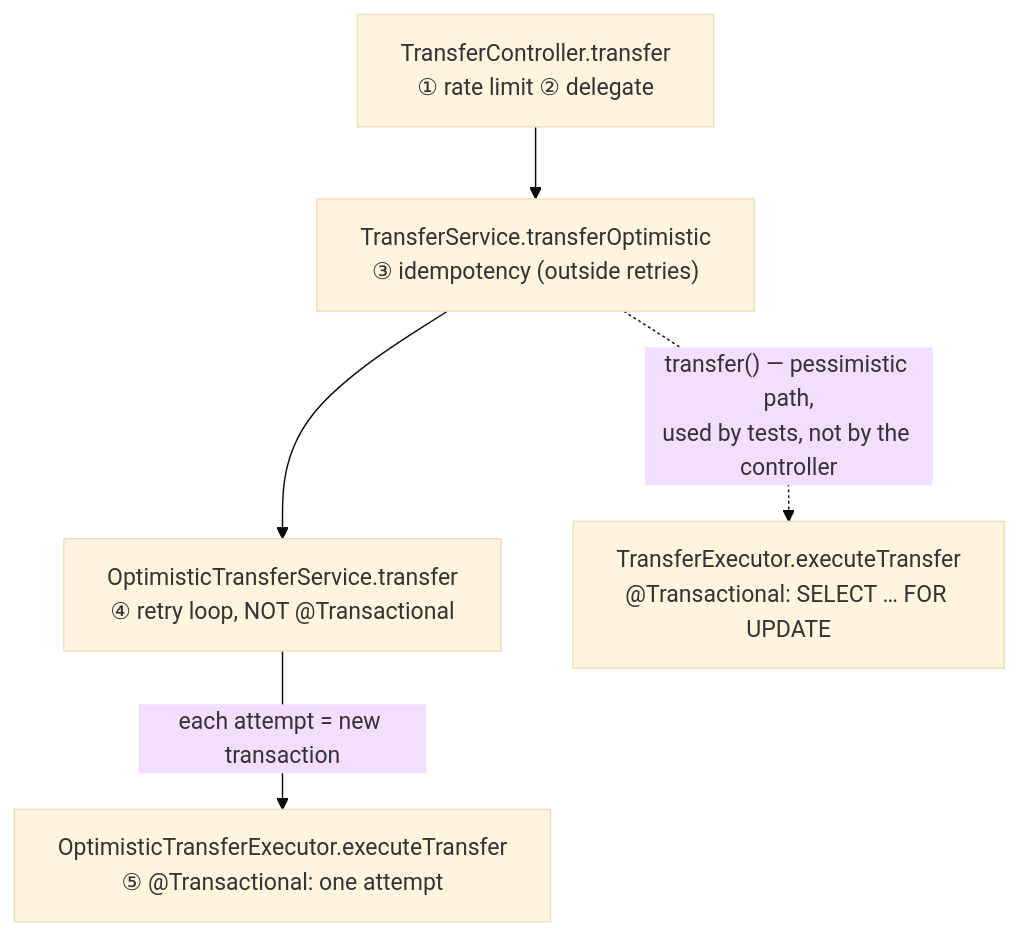
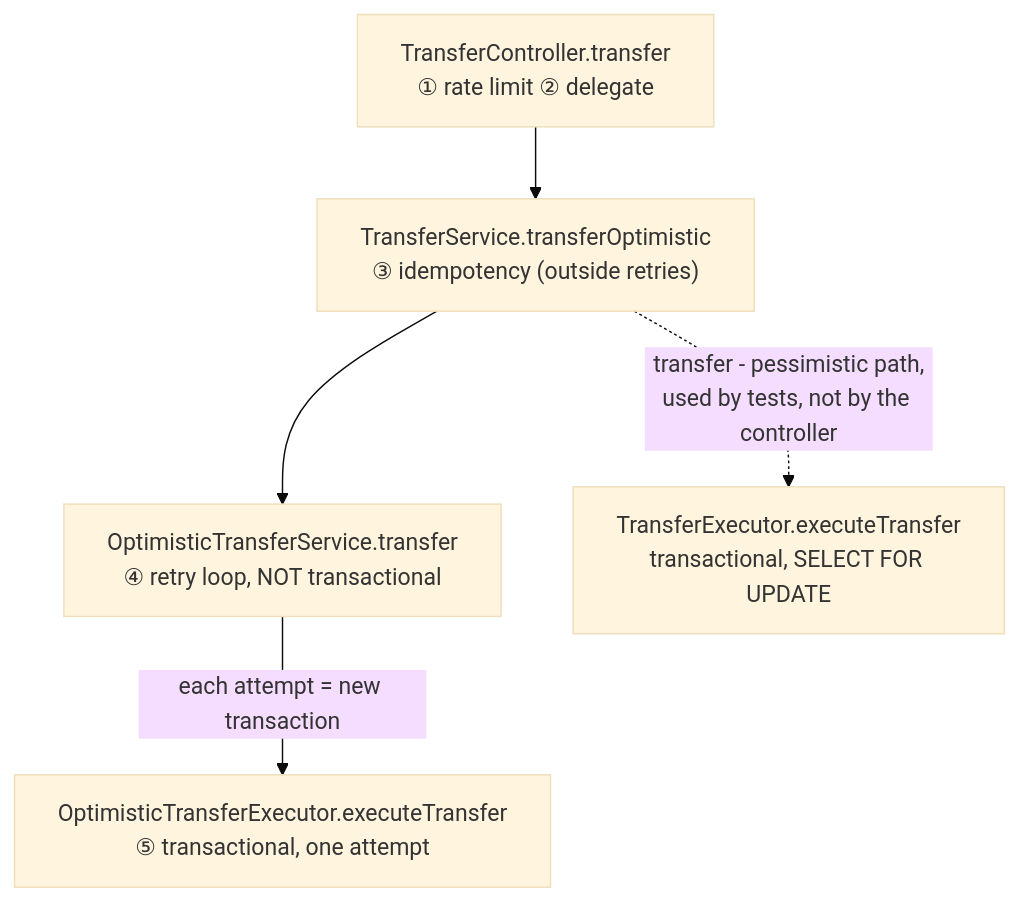
One commit to bachuruchitha/Payflow changed the diagram in docs/07-transfers.md. Above: the diagram before and after it, drawn with Mermaid (base theme). The commit also changed 4 other files, not shown here.

````diff
--- a/docs/07-transfers.md
+++ b/docs/07-transfers.md
@@ -35,7 +35,7 @@
 ```mermaid
 flowchart TD
     A["TransferController.transfer<br/>① rate limit ② delegate"] --> B["TransferService.transferOptimistic<br/>③ idempotency (outside retries)"]
-    B --> C["OptimisticTransferService.transfer<br/>④ retry loop, NOT @Transactional"]
-    C -->|"each attempt = new transaction"| D["OptimisticTransferExecutor.executeTransfer<br/>⑤ @Transactional: one attempt"]
-    B -.->|"transfer() — pessimistic path,<br/>used by tests, not by the controller"| E["TransferExecutor.executeTransfer<br/>@Transactional: SELECT … FOR UPDATE"]
+    B --> C["OptimisticTransferService.transfer<br/>④ retry loop, NOT transactional"]
+    C -->|"each attempt = new transaction"| D["OptimisticTransferExecutor.executeTransfer<br/>⑤ transactional, one attempt"]
+    B -.->|"transfer - pessimistic path,<br/>used by tests, not by the controller"| E["TransferExecutor.executeTransfer<br/>transactional, SELECT FOR UPDATE"]
 ```
````
